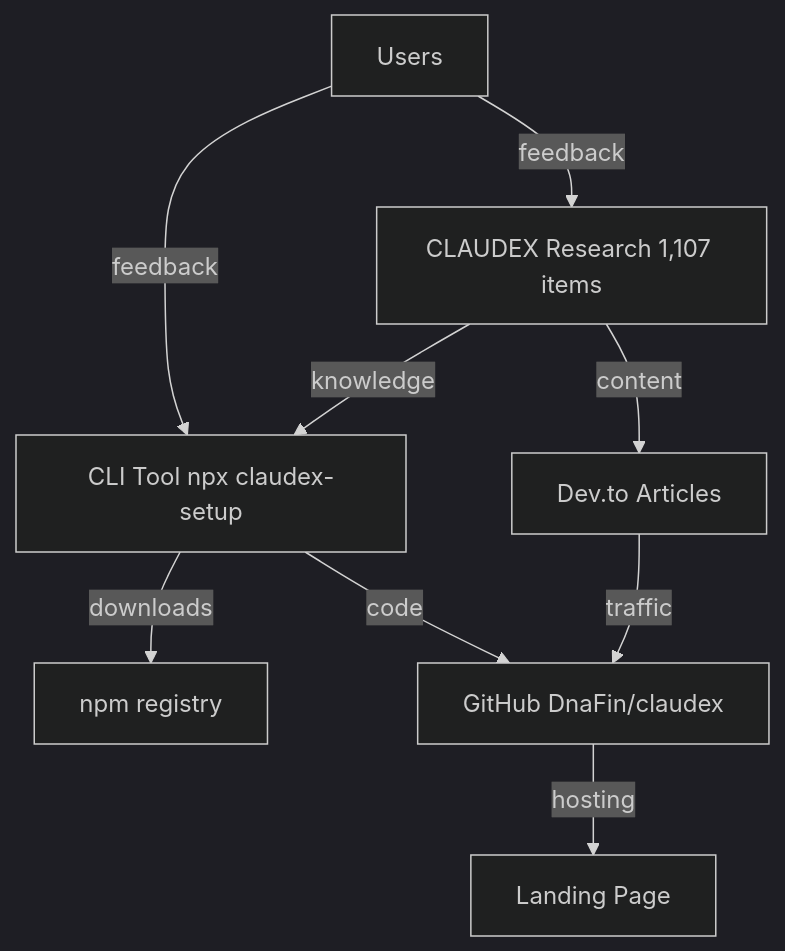
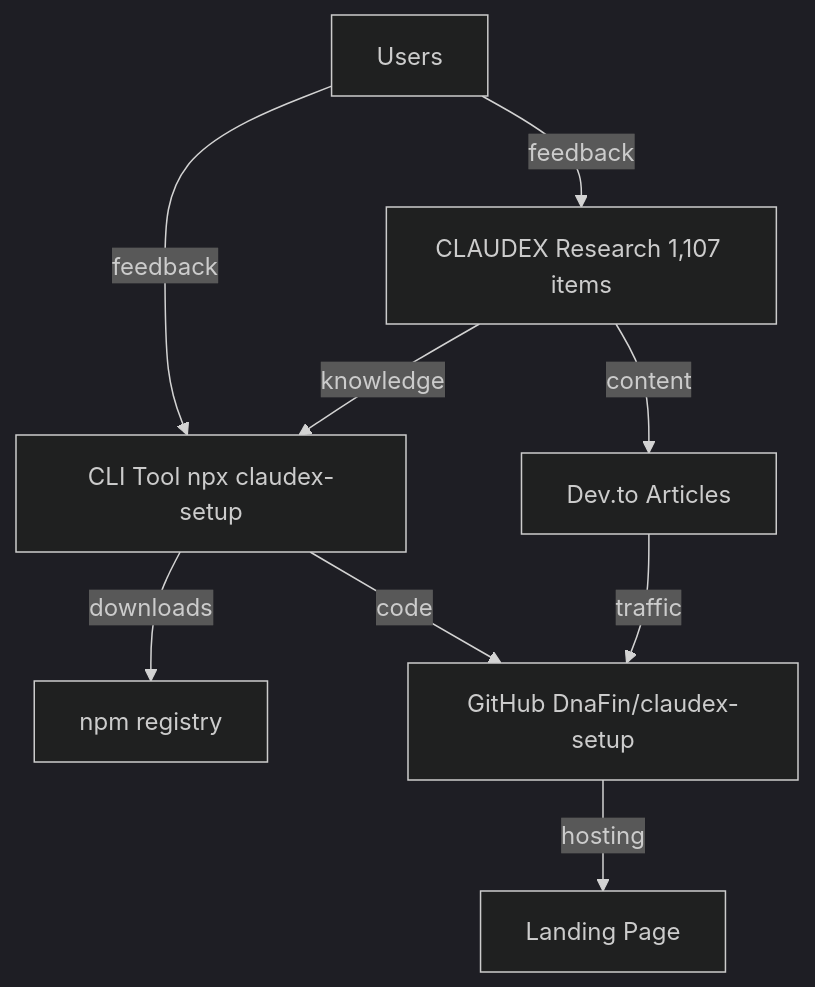
The diagram in CLAUDE.md (DnaFin/claudex-setup), drawn with Mermaid (dark theme) before and after one commit. The commit also changed 9 other files, not shown here.

First line of the commit message:
SECURITY: Make CLAUDEX catalog private, update all links to claudex-setup

````diff
--- a/CLAUDE.md
+++ b/CLAUDE.md
@@ -28,11 +28,11 @@
 ```mermaid
 graph TD
     CLAUDEX[CLAUDEX Research 1,107 items] -->|knowledge| CLI[CLI Tool npx claudex-setup]
     CLI -->|downloads| NPM[npm registry]
-    CLI -->|code| GH[GitHub DnaFin/claudex]
+    CLI -->|code| GH[GitHub DnaFin/claudex-setup]
     GH -->|hosting| LP[Landing Page]
     CLAUDEX -->|content| DT[Dev.to Articles]
     DT -->|traffic| GH
     Users -->|feedback| CLI
     Users -->|feedback| CLAUDEX
 ```
````
